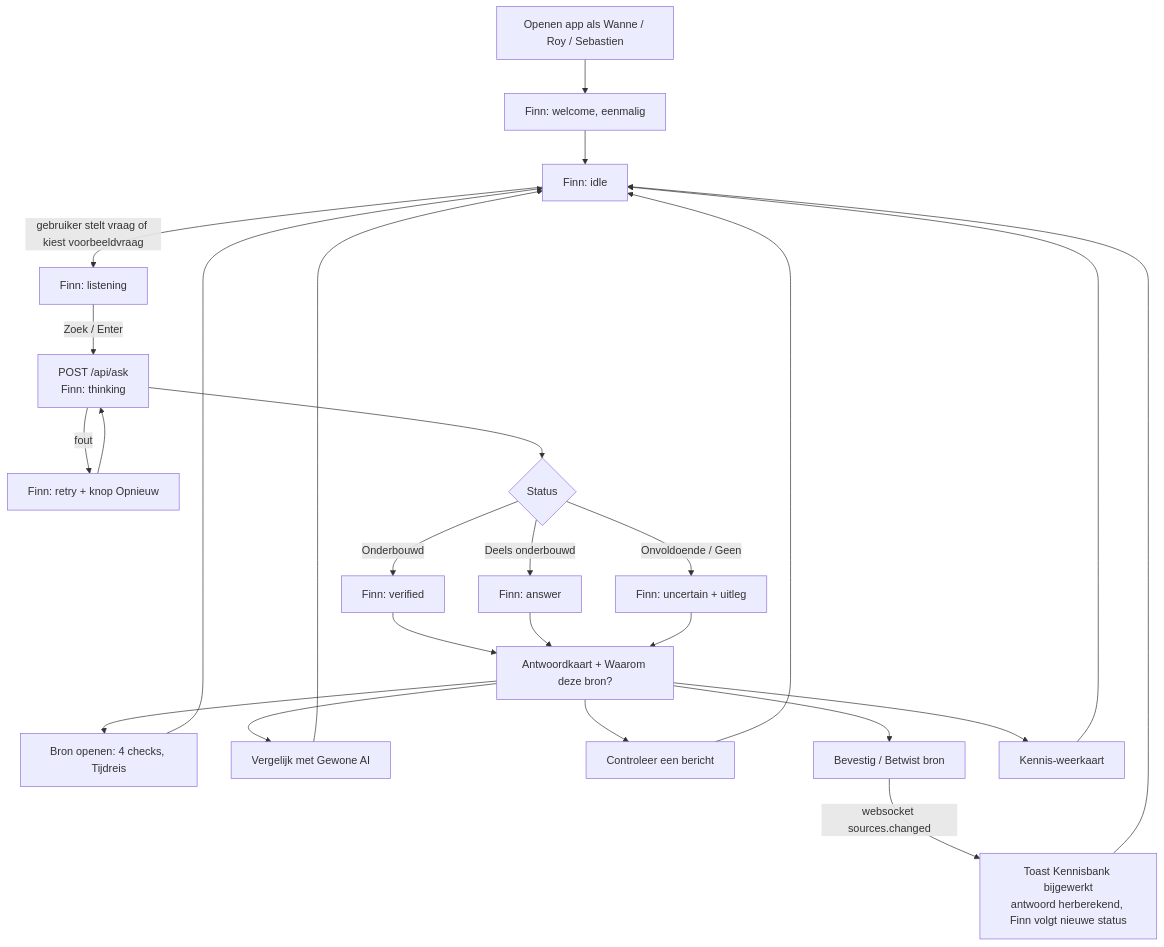
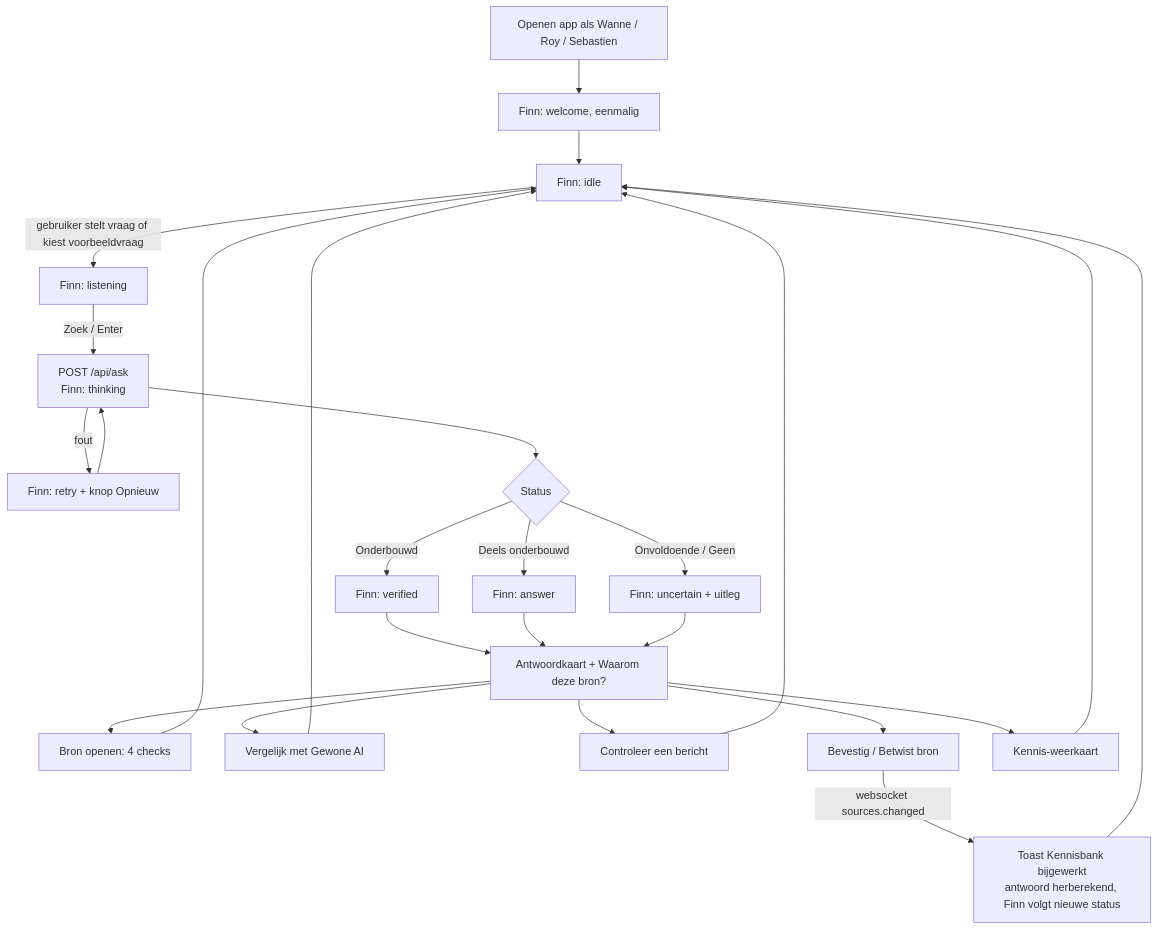
The diagram in docs/app-flow.md (rheerkens/Tectonic-hackathon2026), drawn with Mermaid before and after one commit. The commit also changed other lines of this file and 4 other files, not shown here.

Commit message:
Remove Tijdreis, Betwist deze bron and Vraag verduidelijking from the source panel

````diff
--- a/docs/app-flow.md
+++ b/docs/app-flow.md
@@ -28,27 +28,27 @@
 ```mermaid
 flowchart TD
     A[Openen app als Wanne / Roy / Sebastien] --> B[Finn: welcome, eenmalig]
     B --> C[Finn: idle]
     C -->|gebruiker stelt vraag of kiest voorbeeldvraag| D[Finn: listening]
     D -->|Zoek / Enter| E[POST /api/ask<br/>Finn: thinking]
     E -->|fout| R[Finn: retry + knop Opnieuw]
     R --> E
     E --> F{Status}
     F -->|Onderbouwd| G[Finn: verified]
     F -->|Deels onderbouwd| H[Finn: answer]
     F -->|Onvoldoende / Geen| I[Finn: uncertain + uitleg]
     G --> J[Antwoordkaart + Waarom deze bron?]
     H --> J
     I --> J
-    J --> K[Bron openen: 4 checks, Tijdreis]
+    J --> K[Bron openen: 4 checks]
     J --> L[Vergelijk met Gewone AI]
     J --> M[Controleer een bericht]
     J --> N[Bevestig / Betwist bron]
     J --> O[Kennis-weerkaart]
     N -->|websocket sources.changed| P[Toast Kennisbank bijgewerkt<br/>antwoord herberekend, Finn volgt nieuwe status]
     P --> C
     K --> C
     L --> C
     M --> C
     O --> C
 ```
````
